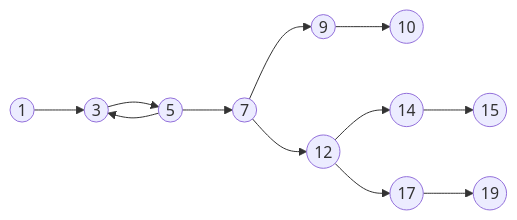
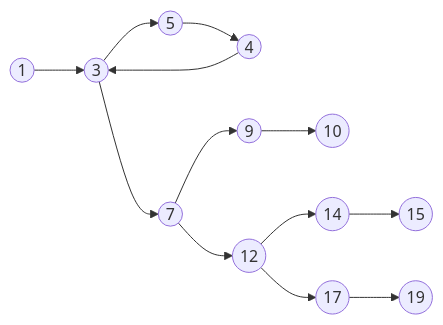
Before and after one commit to sd4483/Obsidian: the diagram in Software Testing/Program Graphs.md, drawn with Mermaid. The commit also changed other lines of this file, not shown here.

Commit message:
vault backup: 2023-03-02 11:33:13

````diff
--- a/Software Testing/Program Graphs.md
+++ b/Software Testing/Program Graphs.md
@@ -48,7 +48,8 @@
 ```mermaid
 flowchart LR
-	id1((1)) --> id3((3)) --> id5((5)) --> id7((7)) --> id9((9)) --> id10((10))
-	id5 --> id3
+	id1((1)) --> id3((3)) --> id5((5)) --> id4((4))
+	id3 --> id7((7)) --> id9((9)) --> id10((10))
+	id4 --> id3
 	id7 --> id12((12)) --> id14((14)) --> id15((15))
 	id12 --> id17((17)) --> id19((19))
 ```
````
